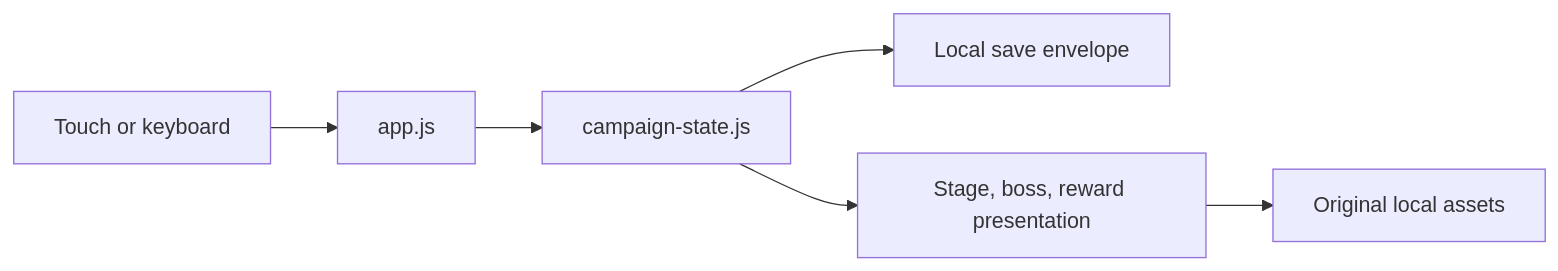
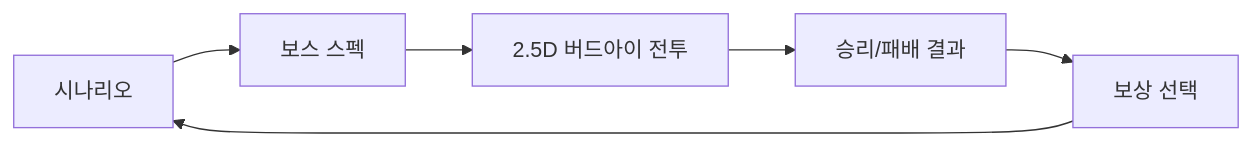
One commit to jellyggumi/Abyssal-Surge changed the diagram in docs/shadow-lord-rts-rpg-hybrid-design.md. Above: the diagram before and after it, drawn with Mermaid. The commit also changed other lines of this file and 13 other files, not shown here.

````diff
--- a/docs/shadow-lord-rts-rpg-hybrid-design.md
+++ b/docs/shadow-lord-rts-rpg-hybrid-design.md
@@ -52,8 +43,8 @@
 ```mermaid
 flowchart LR
-  Input[Touch or keyboard] --> App[app.js]
-  App --> State[campaign-state.js]
-  State --> Save[Local save envelope]
-  State --> UI[Stage, boss, reward presentation]
-  UI --> Assets[Original local assets]
+  Scenario[시나리오] --> BossSpec[보스 스펙]
+  BossSpec --> Battle[2.5D 버드아이 전투]
+  Battle --> Result[승리/패배 결과]
+  Result --> Reward[보상 선택]
+  Reward --> Scenario
 ```
````
